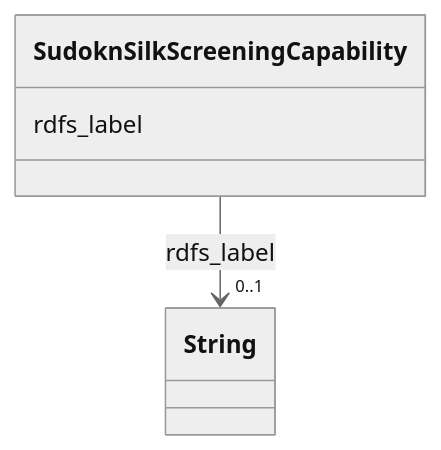
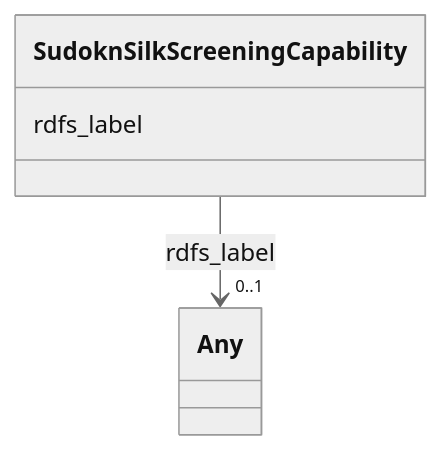
Before and after one commit to frink-okn/graph-descriptions: the diagram in sudokn-kg/classes/SudoknSilkScreeningCapability.md, drawn with Mermaid (neutral theme). The commit also changed other lines of this file and 903 other files, not shown here.

````diff
--- a/sudokn-kg/classes/SudoknSilkScreeningCapability.md
+++ b/sudokn-kg/classes/SudoknSilkScreeningCapability.md
@@ -23,15 +18,15 @@
 ```mermaid
  classDiagram
     class SudoknSilkScreeningCapability
     click SudoknSilkScreeningCapability href "../SudoknSilkScreeningCapability"
       SudoknSilkScreeningCapability : rdfs_label
         
           
     
     
-    SudoknSilkScreeningCapability --> "0..1" String : rdfs_label
-    click String href "../String"
+    SudoknSilkScreeningCapability --> "0..1" Any : rdfs_label
+    click Any href "../Any"
 
         
       
 ```
````
